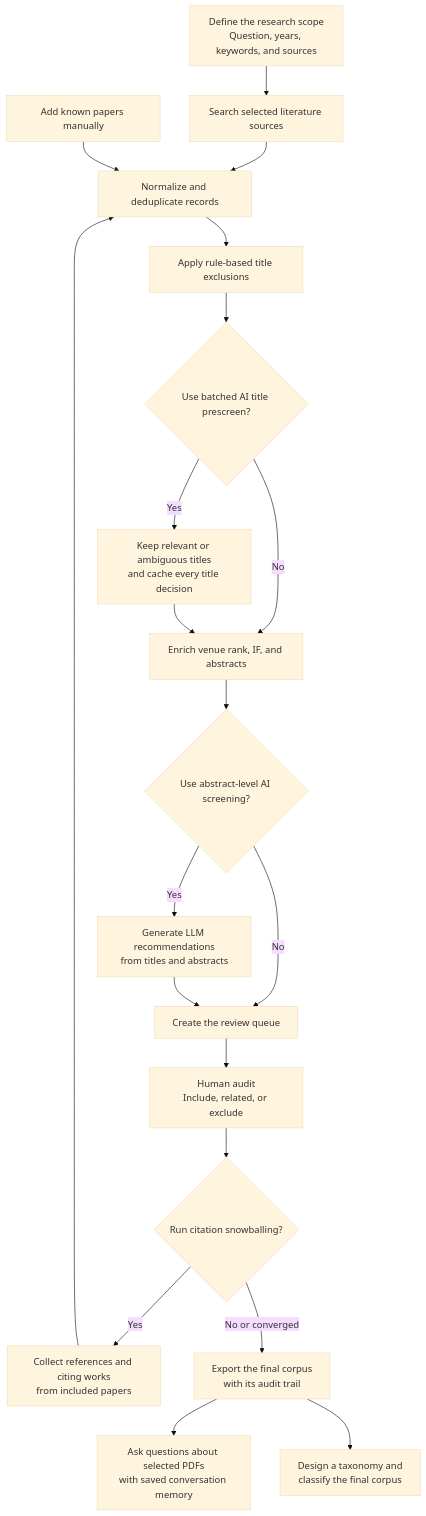
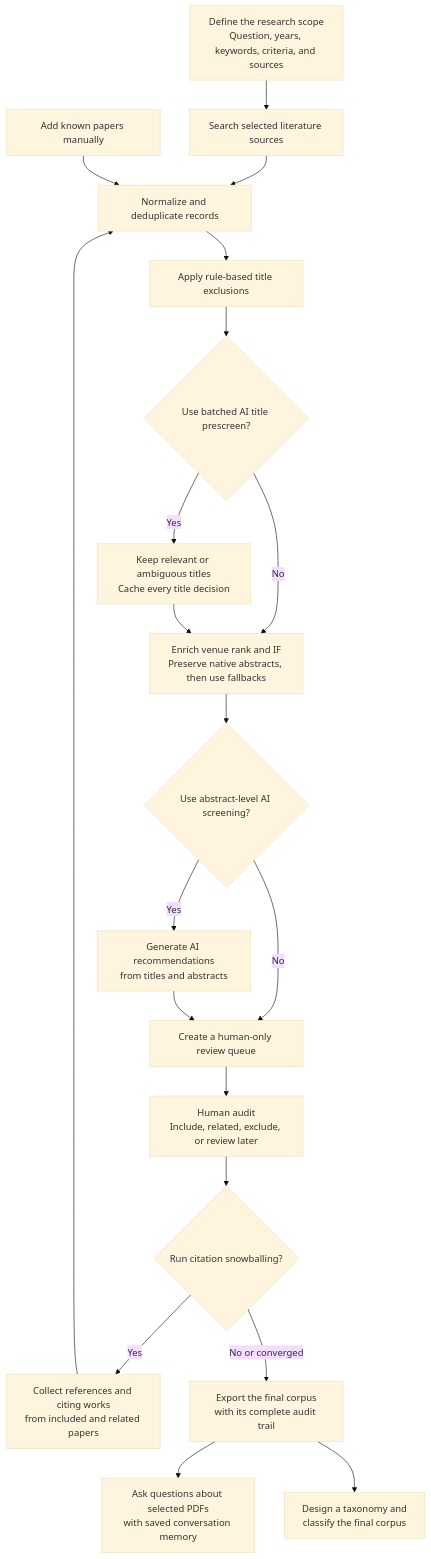
Before and after one commit to yo4c5ama/survey-tool: the diagram in README.md, drawn with Mermaid (base theme). The commit also changed other lines of this file and 18 other files, not shown here.

````diff
--- a/README.md
+++ b/README.md
@@ -10,22 +12,22 @@
 ```mermaid
 flowchart TD
-    A["Define the research scope<br/>Question, years, keywords, and sources"] --> B["Search selected literature sources"]
+    A["Define the research scope<br/>Question, years, keywords, criteria, and sources"] --> B["Search selected literature sources"]
     B --> C["Normalize and deduplicate records"]
     P["Add known papers manually"] --> C
     C --> E["Apply rule-based title exclusions"]
     E --> T{"Use batched AI title prescreen?"}
-    T -- Yes --> U["Keep relevant or ambiguous titles<br/>and cache every title decision"]
-    T -- No --> D["Enrich venue rank, IF, and abstracts"]
+    T -- Yes --> U["Keep relevant or ambiguous titles<br/>Cache every title decision"]
+    T -- No --> D["Enrich venue rank and IF<br/>Preserve native abstracts, then use fallbacks"]
     U --> D
     D --> F{"Use abstract-level AI screening?"}
-    F -- Yes --> G["Generate LLM recommendations<br/>from titles and abstracts"]
-    F -- No --> H["Create the review queue"]
+    F -- Yes --> G["Generate AI recommendations<br/>from titles and abstracts"]
+    F -- No --> H["Create a human-only review queue"]
     G --> H
-    H --> I["Human audit<br/>Include, related, or exclude"]
+    H --> I["Human audit<br/>Include, related, exclude, or review later"]
     I --> J{"Run citation snowballing?"}
-    J -- Yes --> K["Collect references and citing works<br/>from included papers"]
+    J -- Yes --> K["Collect references and citing works<br/>from included and related papers"]
     K --> C
-    J -- "No or converged" --> L["Export the final corpus<br/>with its audit trail"]
+    J -- "No or converged" --> L["Export the final corpus<br/>with its complete audit trail"]
     L --> M["Ask questions about selected PDFs<br/>with saved conversation memory"]
     L --> N["Design a taxonomy and<br/>classify the final corpus"]
 ```
````
